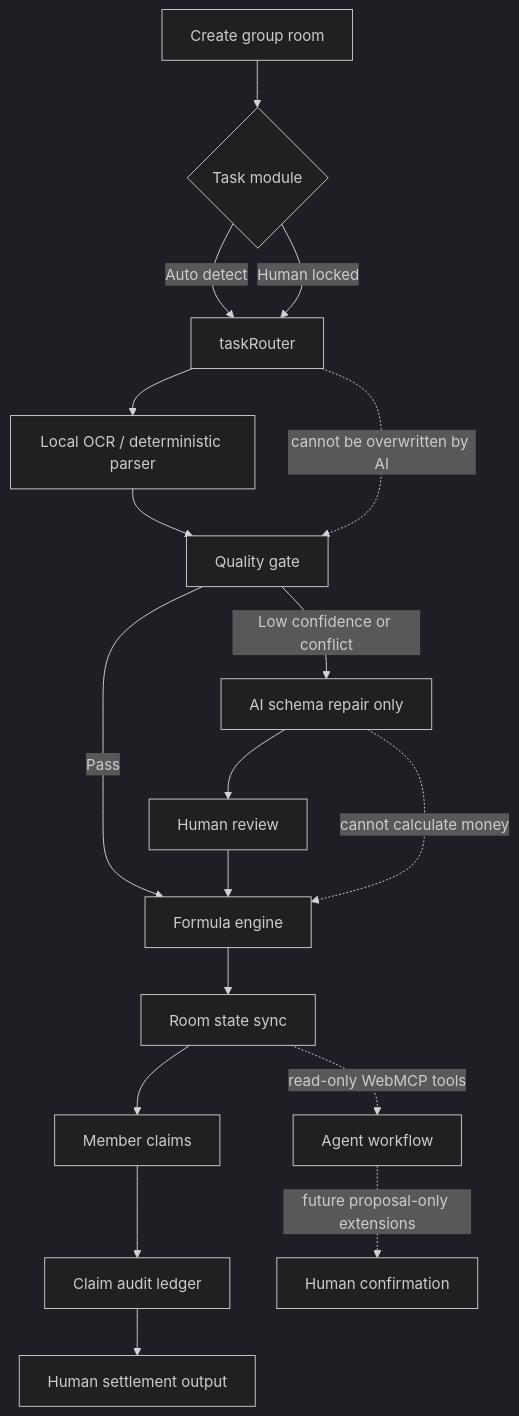
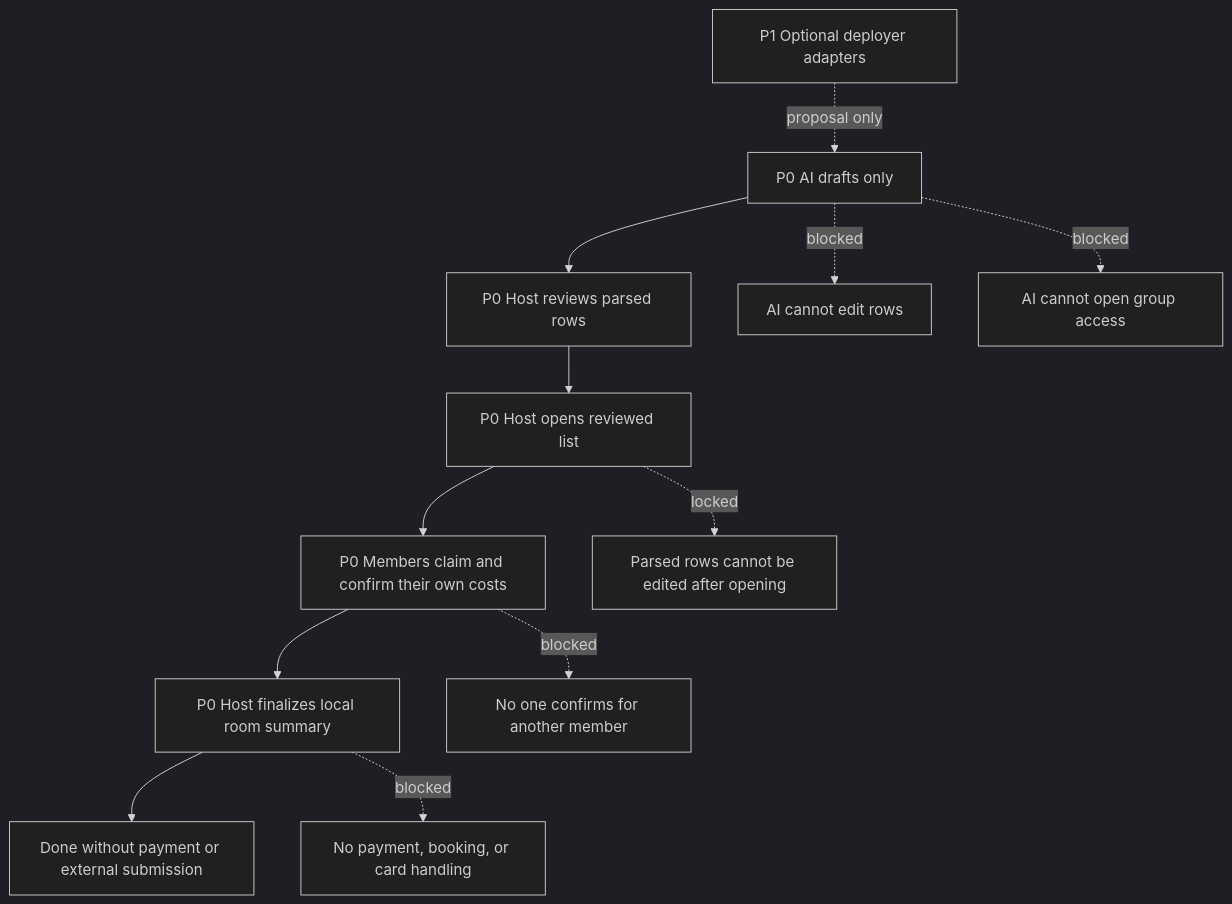
One commit to jiarong0423/shared-room-mcp changed the second of 2 diagrams in README.md. Above: the diagram before and after it, drawn with Mermaid (dark theme). The commit also changed other lines of this file and 12 other files, not shown here.

Commit message:
Harden host review open gate

````diff
--- a/README.md
+++ b/README.md
@@ -122,20 +172,16 @@
 ```mermaid
 flowchart TD
-  A[Create group room] --> B{Task module}
-  B -->|Auto detect| C[taskRouter]
-  B -->|Human locked| C
-  C --> D[Local OCR / deterministic parser]
-  D --> E[Quality gate]
-  E -->|Pass| F[Formula engine]
-  E -->|Low confidence or conflict| G[AI schema repair only]
-  G --> H[Human review]
-  H --> F
-  F --> I[Room state sync]
-  I --> J[Member claims]
-  J --> K[Claim audit ledger]
-  K --> L[Human settlement output]
-  C -. cannot be overwritten by AI .-> E
-  G -. cannot calculate money .-> F
-  I -. read-only WebMCP tools .-> M[Agent workflow]
-  M -. future proposal-only extensions .-> N[Human confirmation]
+  P0A[P0 AI drafts only] --> P0B[P0 Host reviews parsed rows]
+  P0B --> P0C[P0 Host opens reviewed list]
+  P0C --> P0D[P0 Members claim and confirm their own costs]
+  P0D --> P0E[P0 Host finalizes local room summary]
+  P0E --> DONE[Done without payment or external submission]
+
+  P0A -. blocked .-> X1[AI cannot edit rows]
+  P0A -. blocked .-> X2[AI cannot open group access]
+  P0C -. locked .-> X3[Parsed rows cannot be edited after opening]
+  P0D -. blocked .-> X4[No one confirms for another member]
+  P0E -. blocked .-> X5[No payment, booking, or card handling]
+
+  P1[P1 Optional deployer adapters] -. proposal only .-> P0A
 ```
````
